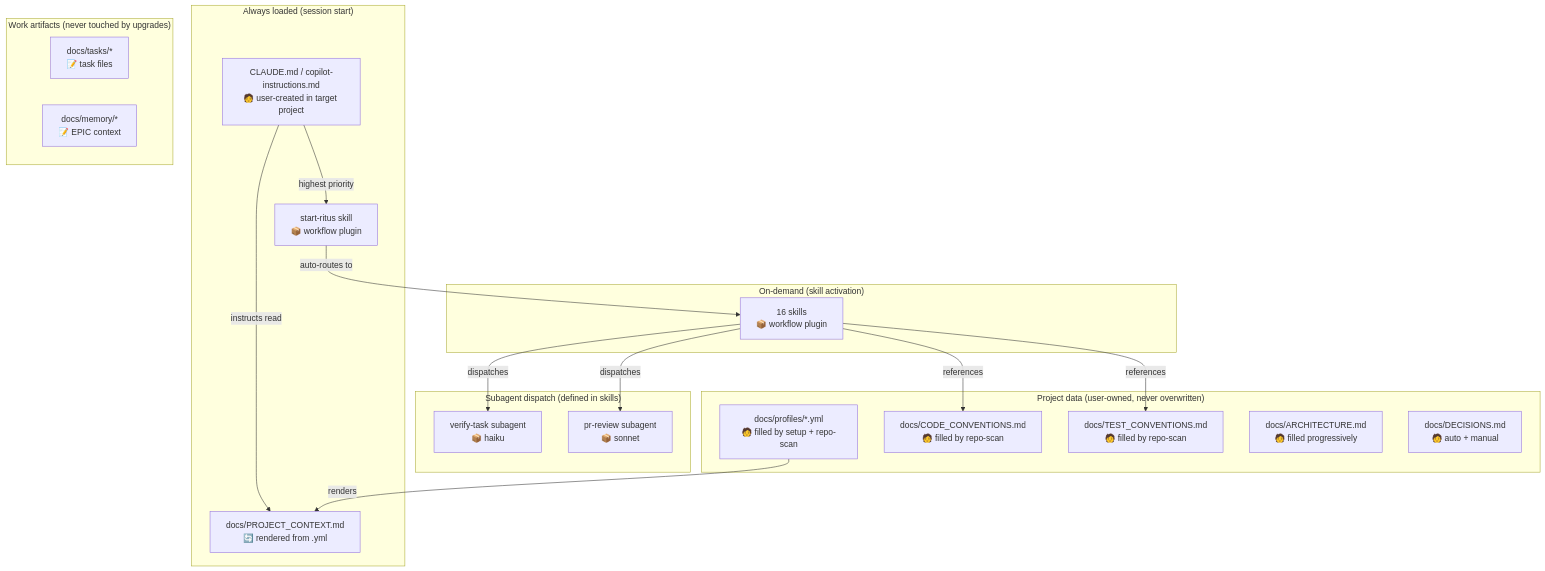
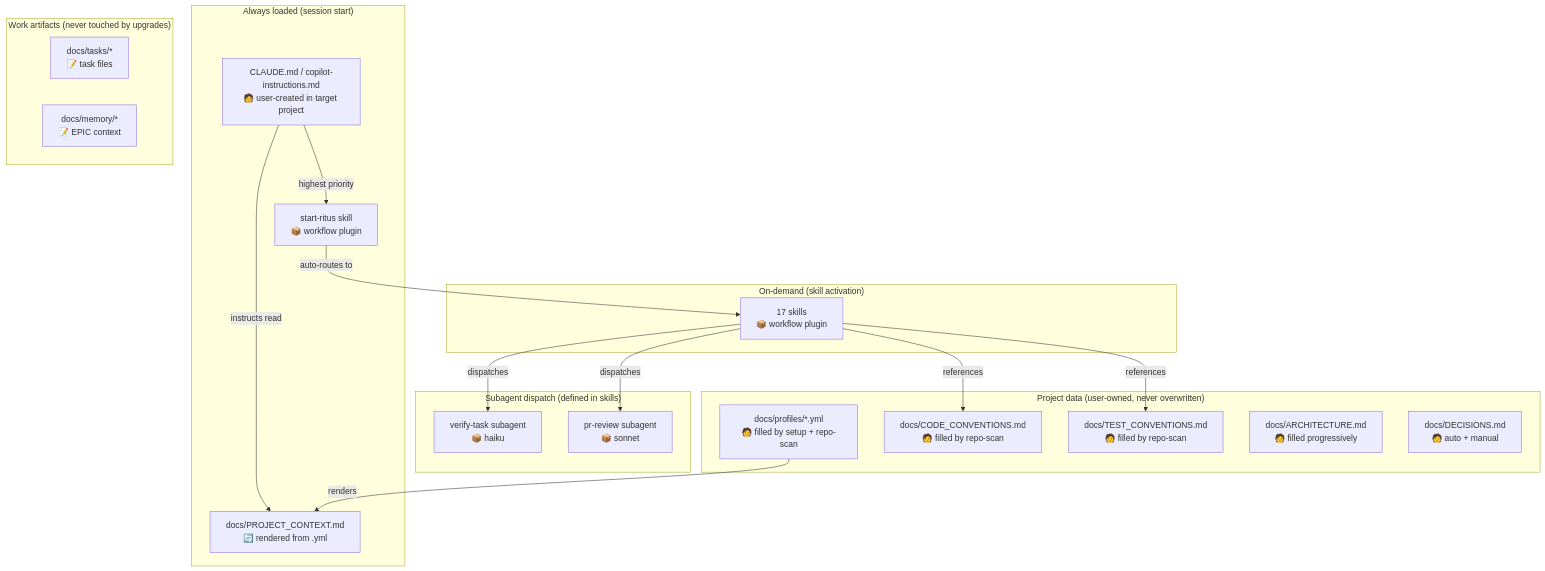
Before and after one commit to precise-alloy/ritus: the seventh of 7 diagrams in docs/WORKFLOW_DIAGRAMS.md, drawn with Mermaid. The commit also changed other lines of this file and 15 other files, not shown here.

````diff
--- a/docs/WORKFLOW_DIAGRAMS.md
+++ b/docs/WORKFLOW_DIAGRAMS.md
@@ -207,39 +222,39 @@
 ```mermaid
 flowchart TD
     subgraph "Always loaded (session start)"
         CL["CLAUDE.md / copilot-instructions.md\n🧑 user-created in target project"]
         AG["start-ritus skill\n📦 workflow plugin"]
         PC["docs/PROJECT_CONTEXT.md\n🔄 rendered from .yml"]
     end
 
     subgraph "On-demand (skill activation)"
-        SK["16 skills\n📦 workflow plugin"]
+        SK["17 skills\n📦 workflow plugin"]
     end
 
     subgraph "Subagent dispatch (defined in skills)"
         VT["verify-task subagent\n📦 haiku"]
         CR["pr-review subagent\n📦 sonnet"]
     end
 
     subgraph "Project data (user-owned, never overwritten)"
         YML["docs/profiles/*.yml\n🧑 filled by setup + repo-scan"]
         COD["docs/CODE_CONVENTIONS.md\n🧑 filled by repo-scan"]
         TST["docs/TEST_CONVENTIONS.md\n🧑 filled by repo-scan"]
         ARCH["docs/ARCHITECTURE.md\n🧑 filled progressively"]
         DEC["docs/DECISIONS.md\n🧑 auto + manual"]
     end
 
     subgraph "Work artifacts (never touched by upgrades)"
         TASKS["docs/tasks/*\n📝 task files"]
         MEM["docs/memory/*\n📝 EPIC context"]
     end
 
     CL -->|"highest priority"| AG
     CL -->|"instructs read"| PC
     AG -->|"auto-routes to"| SK
     SK -->|"dispatches"| VT
     SK -->|"dispatches"| CR
     YML -->|"renders"| PC
     SK -->|"references"| COD
     SK -->|"references"| TST
 ```
````
